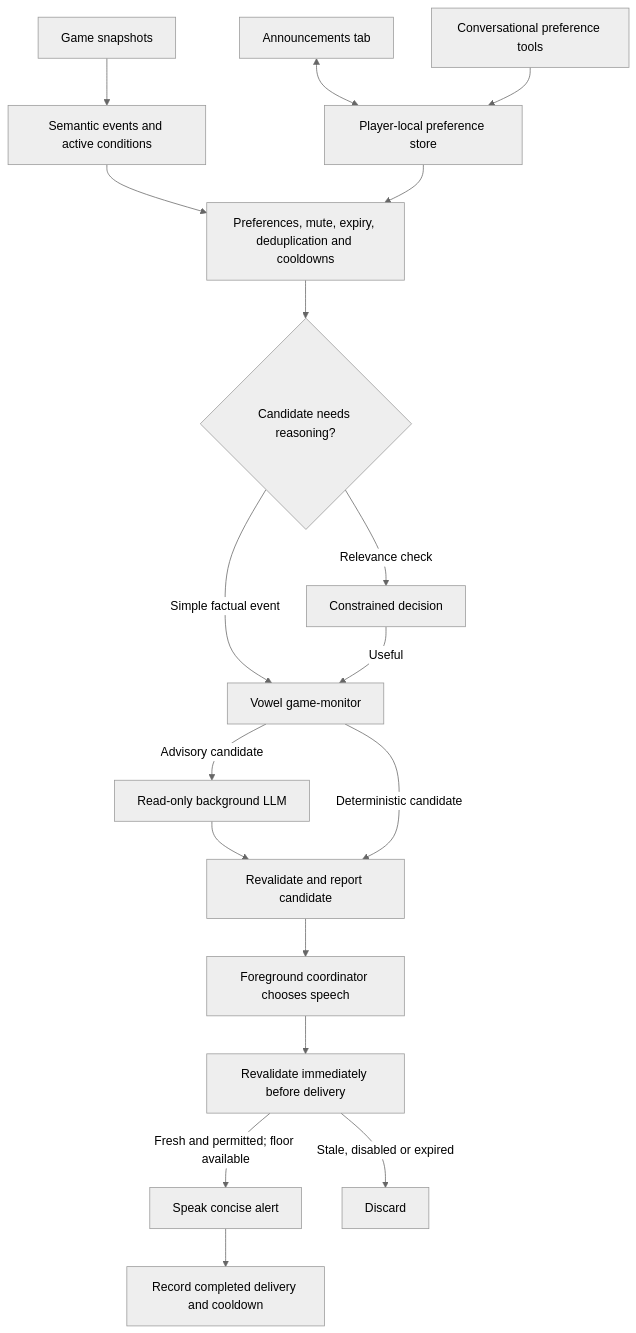
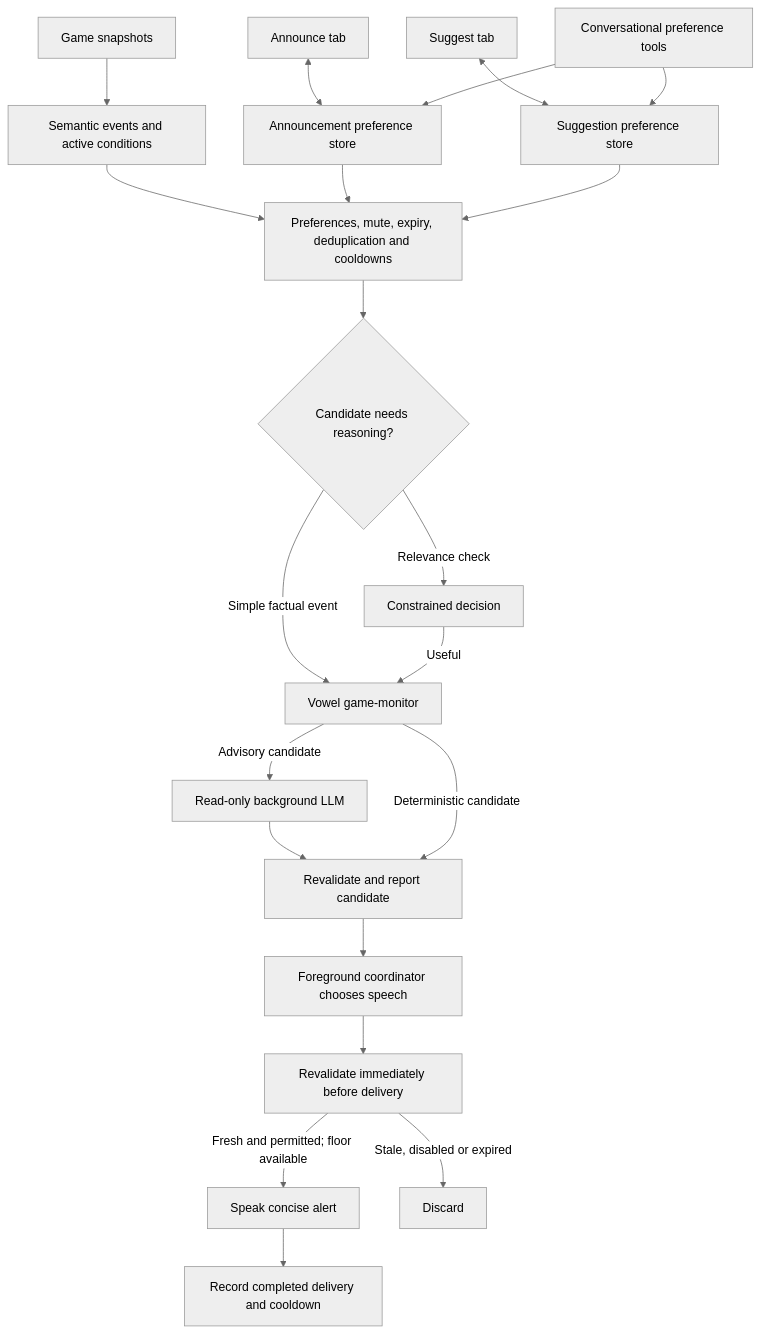
One commit to Command-Perception/age-of-ai changed the second of 2 diagrams in VOWEL.md. Above: the diagram before and after it, drawn with Mermaid (neutral theme). The commit also changed other lines of this file and 2 other files, not shown here.

````diff
--- a/VOWEL.md
+++ b/VOWEL.md
@@ -110,20 +123,23 @@
 ```mermaid
 flowchart TD
     Snapshot[Game snapshots] --> Events[Semantic events and active conditions]
     Events --> Gate[Preferences, mute, expiry, deduplication and cooldowns]
-    Settings[Announcements tab] <--> Store[Player-local preference store]
+    Settings[Announce tab] <--> Store[Announcement preference store]
+    Suggest[Suggest tab] <--> SuggestStore[Suggestion preference store]
     Tools[Conversational preference tools] --> Store
+    Tools --> SuggestStore
     Store --> Gate
+    SuggestStore --> Gate
     Gate --> Kind{Candidate needs reasoning?}
     Kind -->|Simple factual event| Monitor[Vowel game-monitor]
     Kind -->|Relevance check| Jev[Constrained decision]
     Jev -->|Useful| Monitor
     Monitor -->|Advisory candidate| Analysis[Read-only background LLM]
     Analysis --> Report[Revalidate and report candidate]
     Monitor -->|Deterministic candidate| Report
     Report --> Coordinator[Foreground coordinator chooses speech]
     Coordinator --> Validate[Revalidate immediately before delivery]
     Validate -->|Fresh and permitted; floor available| Speech[Speak concise alert]
     Validate -->|Stale, disabled or expired| Drop[Discard]
     Speech --> Receipt[Record completed delivery and cooldown]
 ```
````
